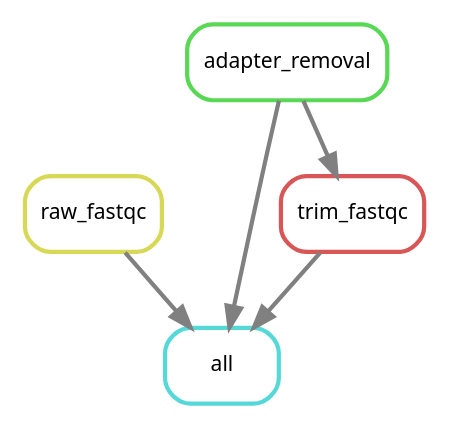
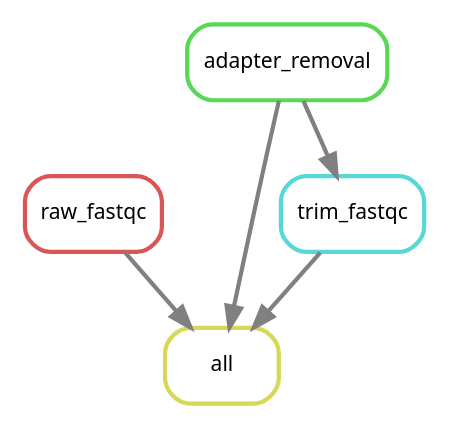
Before and after one commit to DRMCRL/ENCODE_T47D_HiC_ENCSR549MGQ: the diagram in output/rulegraph.dot, drawn with Graphviz. The commit also changed 4 other files, not shown here.

```diff
--- a/output/rulegraph.dot
+++ b/output/rulegraph.dot
@@ -1,13 +1,13 @@
 digraph snakemake_dag {
     graph[bgcolor=white, margin=0];
     node[shape=box, style=rounded, fontname=sans,                 fontsize=10, penwidth=2];
     edge[penwidth=2, color=grey];
-	0[label = "all", color = "0.50 0.6 0.85", style="rounded"];
-	1[label = "raw_fastqc", color = "0.17 0.6 0.85", style="rounded"];
-	2[label = "trim_fastqc", color = "0.00 0.6 0.85", style="rounded"];
-	3[label = "adapter_removal", color = "0.33 0.6 0.85", style="rounded"];
+	0[label = "all", color = "0.17 0.6 0.85", style="rounded"];
+	1[label = "raw_fastqc", color = "0.00 0.6 0.85", style="rounded"];
+	2[label = "adapter_removal", color = "0.33 0.6 0.85", style="rounded"];
+	3[label = "trim_fastqc", color = "0.50 0.6 0.85", style="rounded"];
+	1 -> 0
 	2 -> 0
-	1 -> 0
 	3 -> 0
-	3 -> 2
+	2 -> 3
 }            
```
